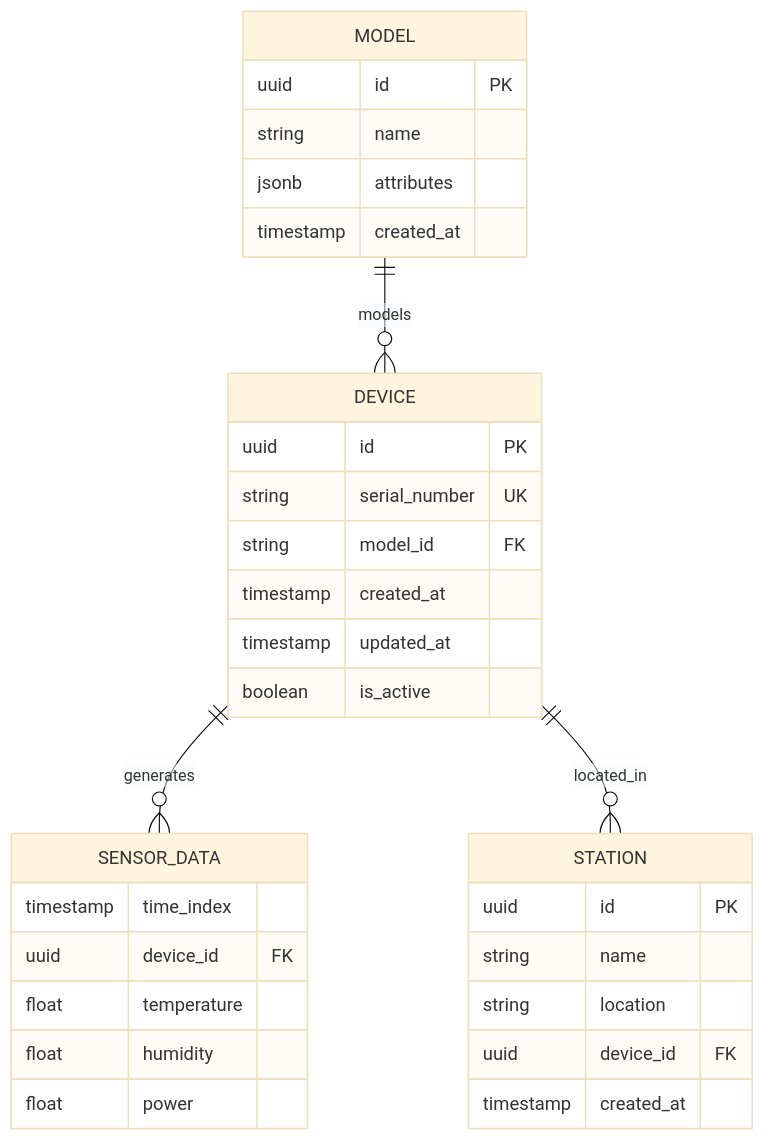
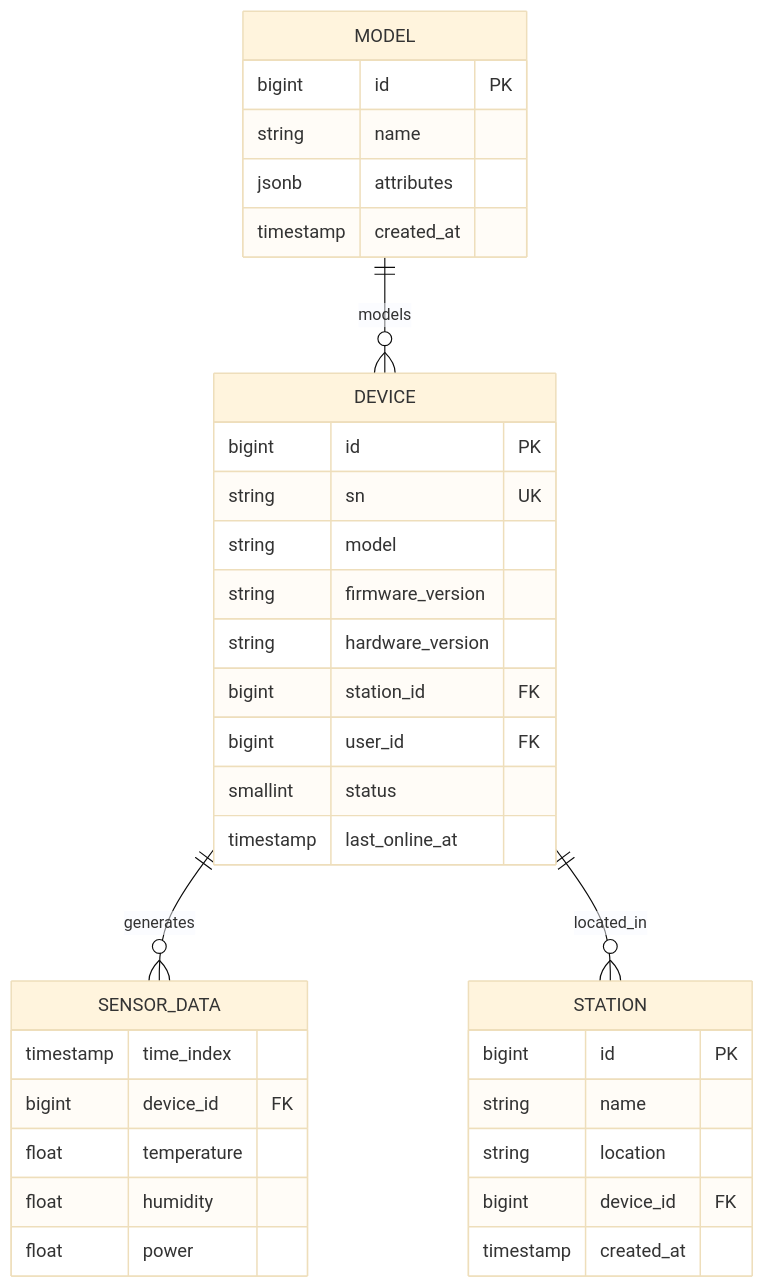
Before and after one commit to mcmrzy/cs_inv_monitor-develop: the seventh of 23 diagrams in .qoder/repowiki/zh/content/数据库设计/数据库迁移管理.md, drawn with Mermaid (base theme). The commit also changed other lines of this file and 12 other files, not shown here.

````diff
--- a/.qoder/repowiki/zh/content/数据库设计/数据库迁移管理.md
+++ b/.qoder/repowiki/zh/content/数据库设计/数据库迁移管理.md
@@ -272,34 +326,37 @@
 ```mermaid
 erDiagram
 DEVICE {
-uuid id PK
-string serial_number UK
-string model_id FK
-timestamp created_at
-timestamp updated_at
-boolean is_active
+bigint id PK
+string sn UK
+string model
+string firmware_version
+string hardware_version
+bigint station_id FK
+bigint user_id FK
+smallint status
+timestamp last_online_at
 }
 MODEL {
-uuid id PK
+bigint id PK
 string name
 jsonb attributes
 timestamp created_at
 }
 STATION {
-uuid id PK
+bigint id PK
 string name
 string location
-uuid device_id FK
+bigint device_id FK
 timestamp created_at
 }
 SENSOR_DATA {
 timestamp time_index
-uuid device_id FK
+bigint device_id FK
 float temperature
 float humidity
 float power
 }
 DEVICE ||--o{ SENSOR_DATA : generates
 MODEL ||--o{ DEVICE : models
 DEVICE ||--o{ STATION : located_in
 ```
````
